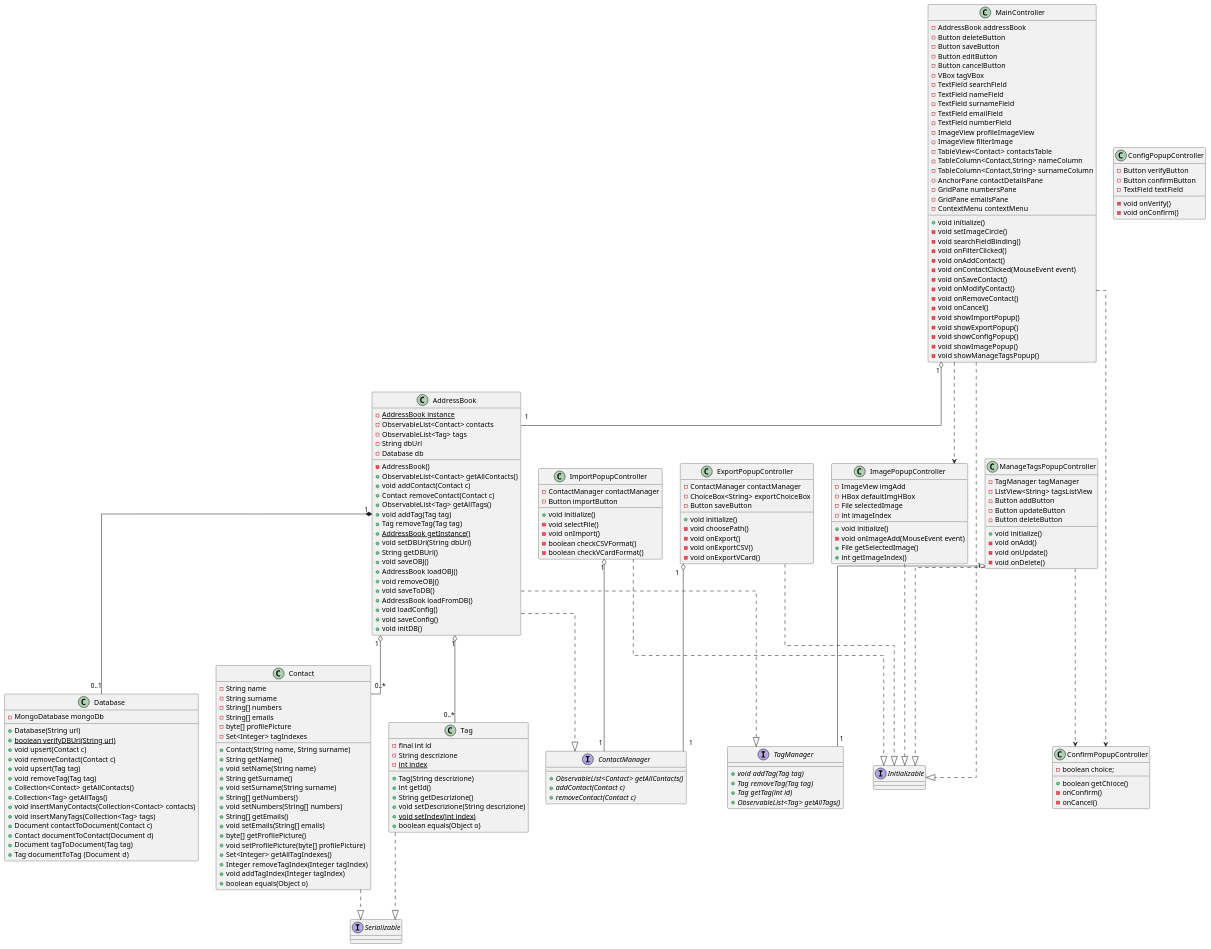
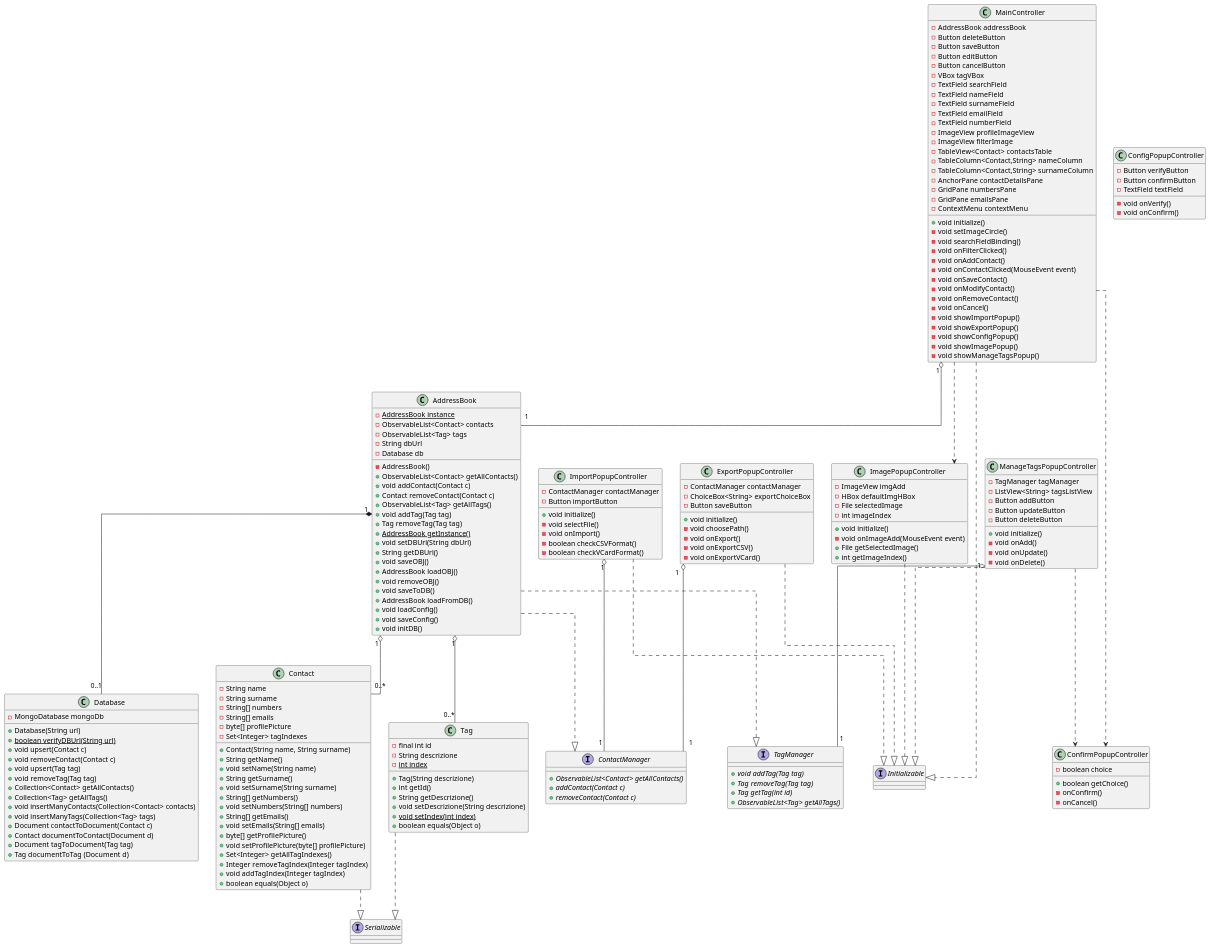
Before and after one commit to savaava/ProgettoRubrica: the diagram in documenti/diagrammi di classe/puml/diagrammaClassi.puml, drawn with PlantUML. The commit also changed 1 other file, not shown here.

```diff
--- a/documenti/diagrammi di classe/puml/diagrammaClassi.puml
+++ b/documenti/diagrammi di classe/puml/diagrammaClassi.puml
@@ -157,8 +157,8 @@
 }
 
 class ConfirmPopupController {
-    - boolean choice;
-    + boolean getChioce()
+    - boolean choice
+    + boolean getChoice()
     - onConfirm()
     - onCancel()
 }
```
